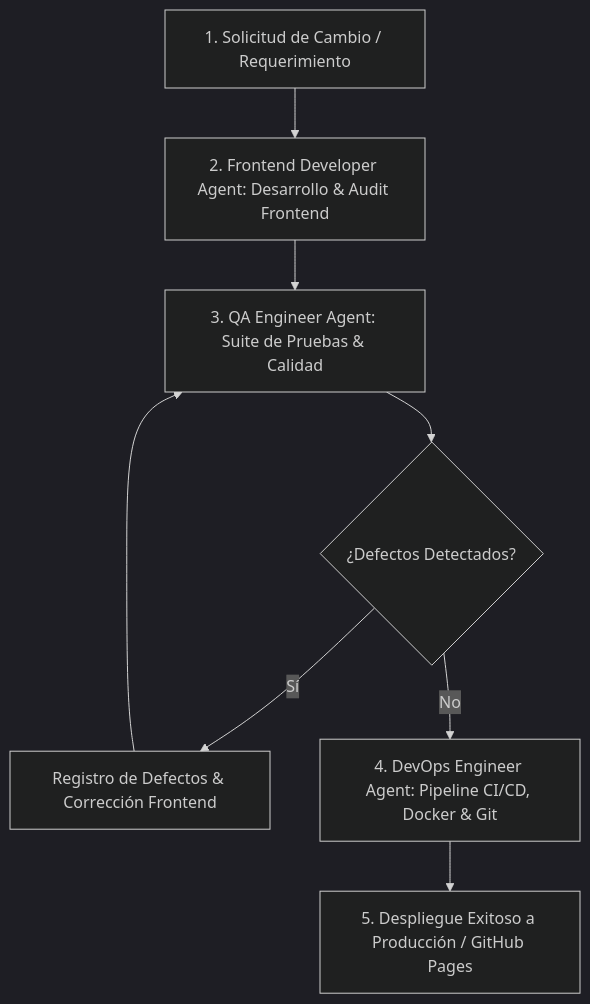
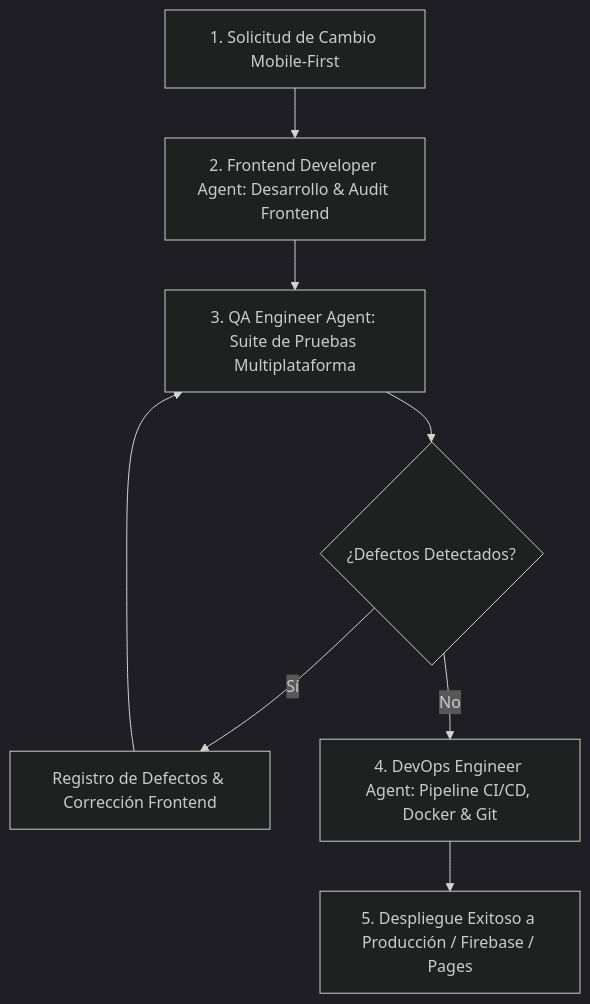
The diagram in .agents/AGENTS.md (fibarra2378/WebRioJaneiro), drawn with Mermaid (dark theme) before and after one commit. The commit also changed other lines of this file and 3 other files, not shown here.

Commit message:
ci: incorporar directiva obligatoria de estrategia de desarrollo e inspeccion Mobile-First en el contexto del proyecto y agentes

````diff
--- a/.agents/AGENTS.md
+++ b/.agents/AGENTS.md
@@ -9,10 +18,10 @@
 ```mermaid
 graph TD
-    A[1. Solicitud de Cambio / Requerimiento] --> B[2. Frontend Developer Agent: Desarrollo & Audit Frontend]
-    B --> C[3. QA Engineer Agent: Suite de Pruebas & Calidad]
+    A[1. Solicitud de Cambio Mobile-First] --> B[2. Frontend Developer Agent: Desarrollo & Audit Frontend]
+    B --> C[3. QA Engineer Agent: Suite de Pruebas Multiplataforma]
     C --> D{¿Defectos Detectados?}
     D -- Sí --> E[Registro de Defectos & Corrección Frontend]
     E --> C
     D -- No --> F[4. DevOps Engineer Agent: Pipeline CI/CD, Docker & Git]
-    F --> G[5. Despliegue Exitoso a Producción / GitHub Pages]
+    F --> G[5. Despliegue Exitoso a Producción / Firebase / Pages]
 ```
````
